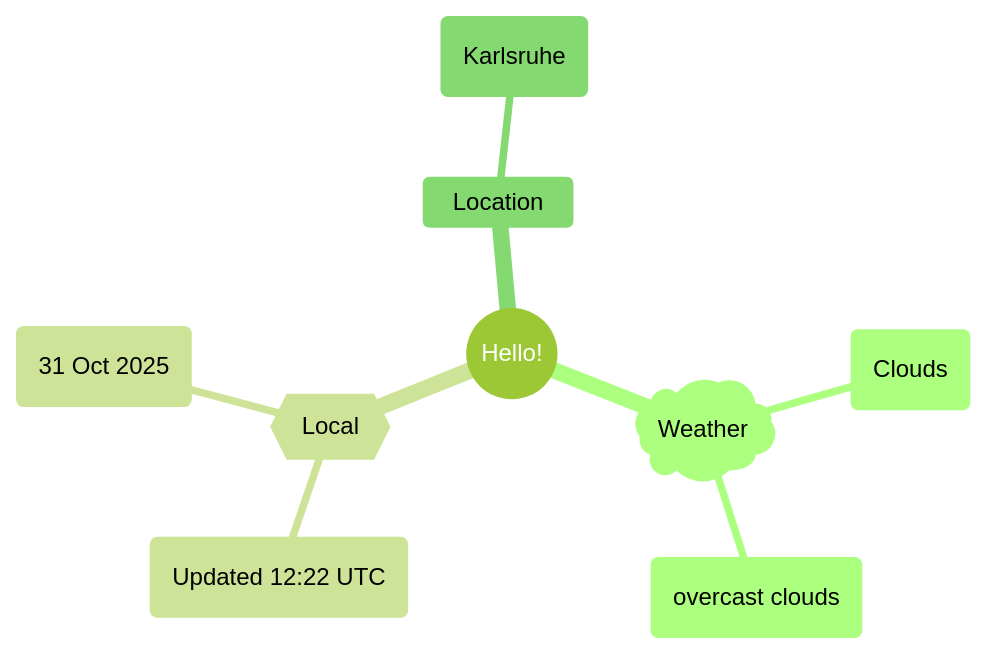
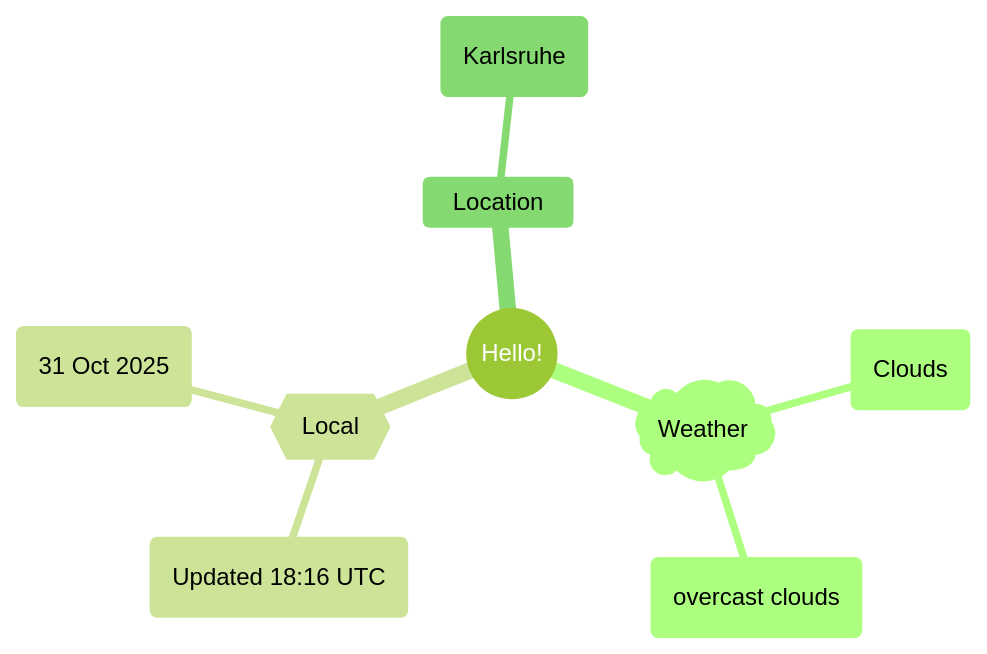
Before and after one commit to Xosrov/Xosrov: the first of 2 diagrams in README.md, drawn with Mermaid (forest theme).

Commit message:
[bot] updated images

````diff
--- a/README.md
+++ b/README.md
@@ -3,12 +3,12 @@
 ```mermaid
 mindmap
   root((Hello!))
     )Weather(
         (Clouds)
         (overcast clouds)
     {{Local}}
-        (Updated 12:22 UTC)
+        (Updated 18:16 UTC)
         (31 Oct 2025)
     Location
         (Karlsruhe)
 ```
````
